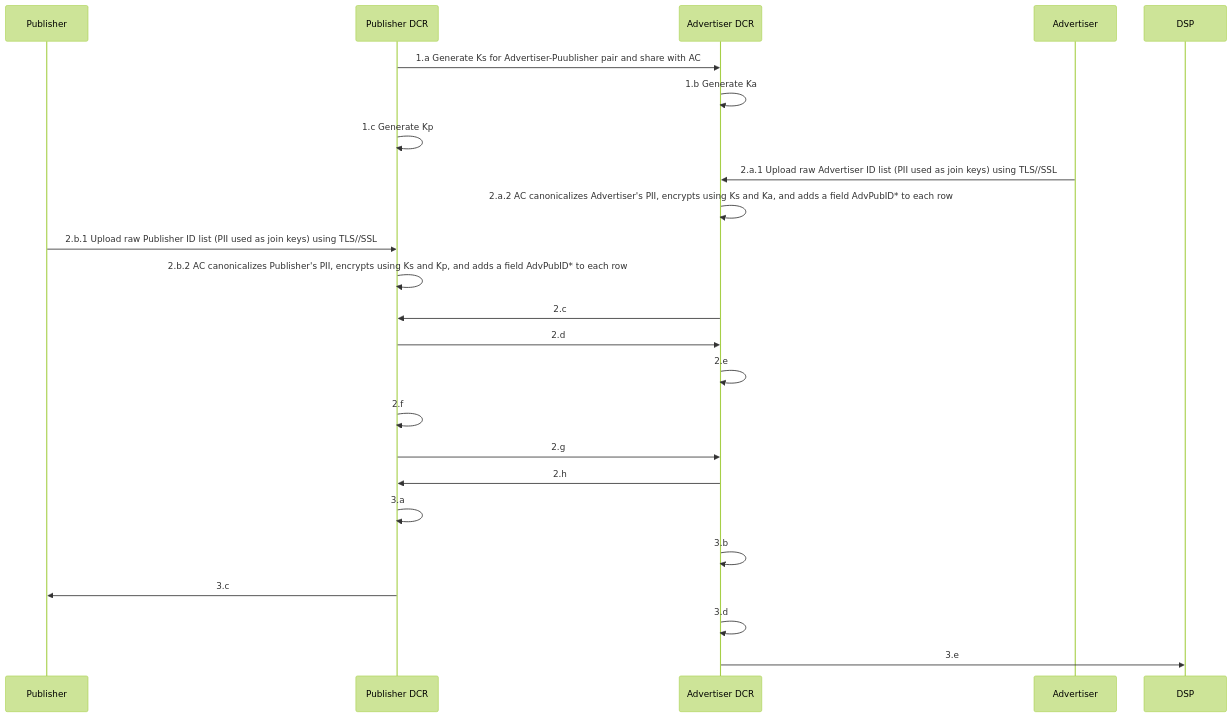
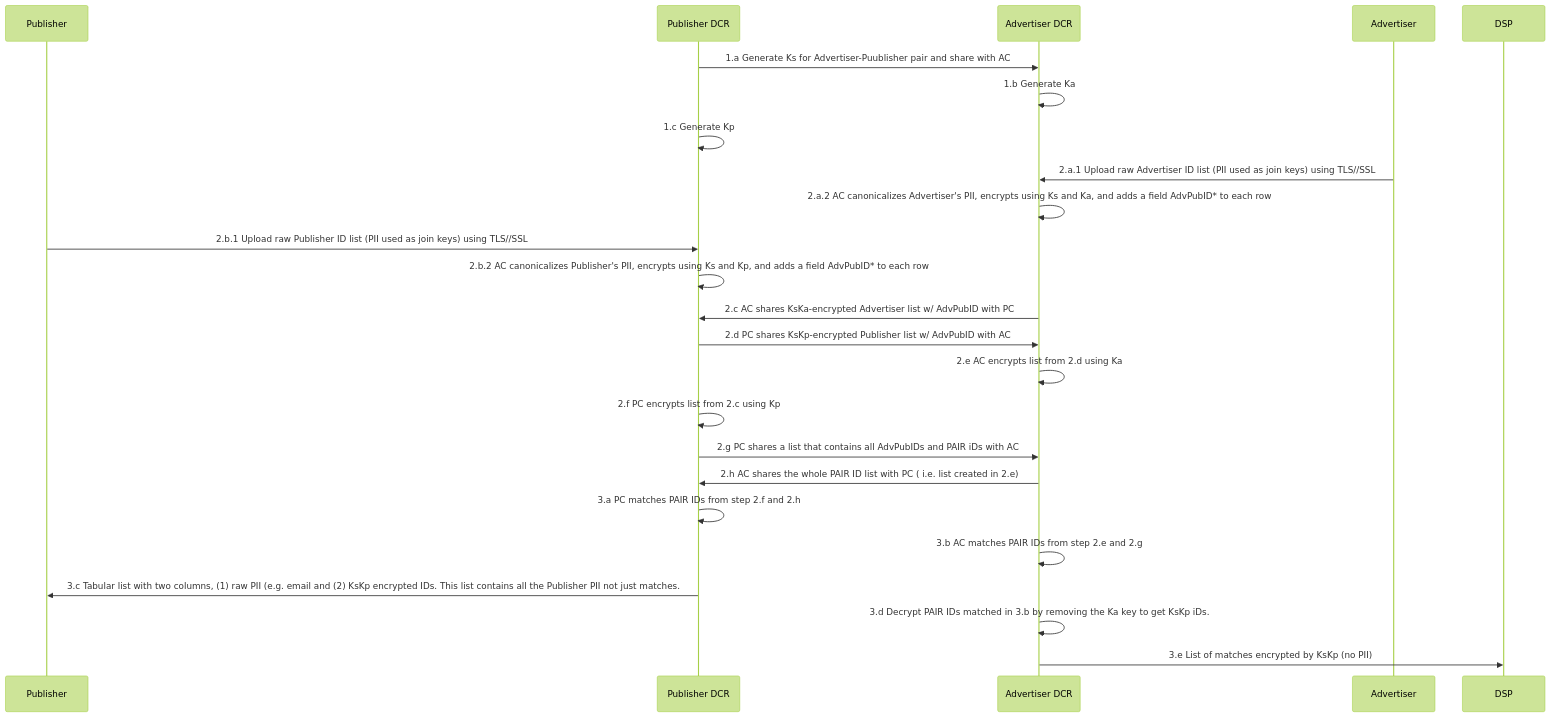
Before and after one commit to pm-harshad-mane/Diagrams: the diagram in PAIR/Two_DCRs.md, drawn with Mermaid (forest theme).

````diff
--- a/PAIR/Two_DCRs.md
+++ b/PAIR/Two_DCRs.md
@@ -1,33 +1,33 @@
 ```mermaid
 sequenceDiagram
 
 participant Pub as Publisher
 participant PC as Publisher DCR
 participant AC as Advertiser DCR
 participant Adv as Advertiser
 participant DSP
 
 PC->>AC: 1.a Generate Ks for Advertiser-Puublisher pair and share with AC
 AC->>AC: 1.b Generate Ka
 PC->>PC: 1.c Generate Kp
 
 Adv->>AC: 2.a.1 Upload raw Advertiser ID list (PII used as join keys) using TLS//SSL
 AC->>AC: 2.a.2 AC canonicalizes Advertiser's PII, encrypts using Ks and Ka, and adds a field AdvPubID* to each row
 
 Pub->>PC: 2.b.1 Upload raw Publisher ID list (PII used as join keys) using TLS//SSL
 PC->>PC: 2.b.2 AC canonicalizes Publisher's PII, encrypts using Ks and Kp, and adds a field AdvPubID* to each row
 
-AC->>PC: 2.c
-PC->>AC: 2.d
-AC->>AC: 2.e
-PC->>PC: 2.f
-PC->>AC: 2.g
-AC->>PC: 2.h
+AC->>PC: 2.c AC shares KsKa-encrypted Advertiser list w/ AdvPubID with PC
+PC->>AC: 2.d PC shares KsKp-encrypted Publisher list w/ AdvPubID with AC
+AC->>AC: 2.e AC encrypts list from 2.d using Ka
+PC->>PC: 2.f PC encrypts list from 2.c using Kp
+PC->>AC: 2.g PC shares a list that contains all AdvPubIDs and PAIR iDs with AC
+AC->>PC: 2.h AC shares the whole PAIR ID list with PC ( i.e. list created in 2.e)
 
-PC->>PC: 3.a
-AC->>AC: 3.b
-PC->>Pub: 3.c
-AC->>AC: 3.d
-AC->>DSP: 3.e
+PC->>PC: 3.a PC matches PAIR IDs from step 2.f and 2.h
+AC->>AC: 3.b AC matches PAIR IDs from step 2.e and 2.g
+PC->>Pub: 3.c Tabular list with two columns, (1) raw PII (e.g. email and (2) KsKp encrypted IDs. This list contains all the Publisher PII not just matches.
+AC->>AC: 3.d Decrypt PAIR IDs matched in 3.b by removing the Ka key to get KsKp iDs.
+AC->>DSP: 3.e List of matches encrypted by KsKp (no PII)
 
 ```
````
